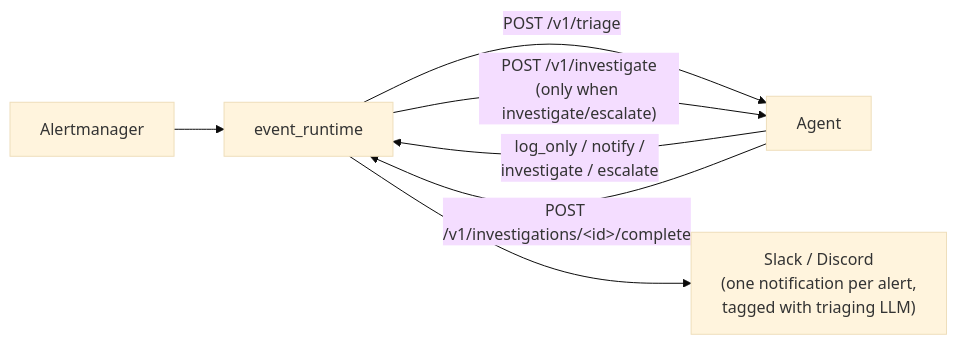
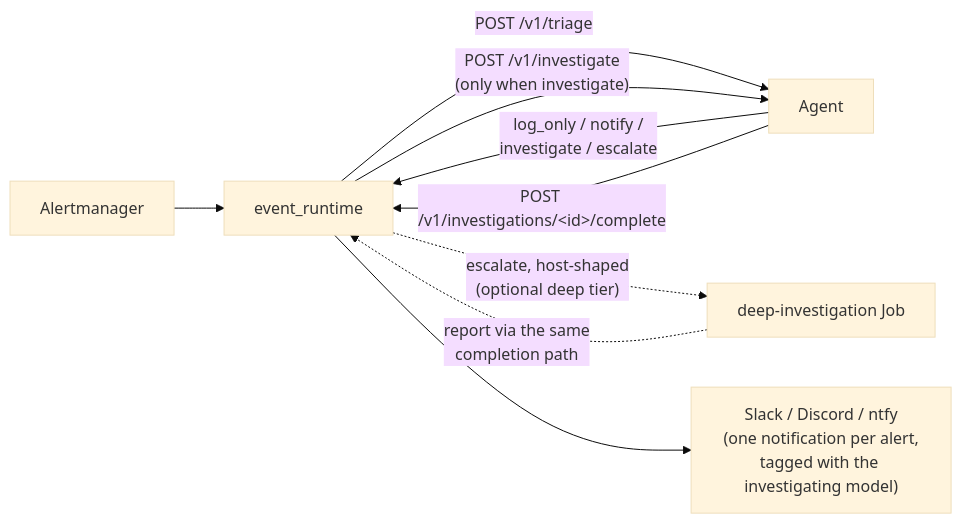
One commit to aachtenberg/cfoperator changed the first of 2 diagrams in README.md. Above: the diagram before and after it, drawn with Mermaid (base theme). The commit also changed other lines of this file and 50 other files, not shown here.

````diff
--- a/README.md
+++ b/README.md
@@ -60,9 +64,11 @@
 ```mermaid
 flowchart LR
     AM[Alertmanager] --> ER[event_runtime]
     ER -- "POST /v1/triage" --> Agent
     Agent -- "log_only / notify /<br/>investigate / escalate" --> ER
-    ER -- "POST /v1/investigate<br/>(only when investigate/escalate)" --> Agent
+    ER -- "POST /v1/investigate<br/>(only when investigate)" --> Agent
     Agent -- "POST /v1/investigations/&lt;id&gt;/complete" --> ER
-    ER --> Slack["Slack / Discord<br/>(one notification per alert,<br/>tagged with triaging LLM)"]
+    ER -. "escalate, host-shaped<br/>(optional deep tier)" .-> Deep[deep-investigation Job]
+    Deep -. "report via the same<br/>completion path" .-> ER
+    ER --> Slack["Slack / Discord / ntfy<br/>(one notification per alert,<br/>tagged with the investigating model)"]
 ```
````
